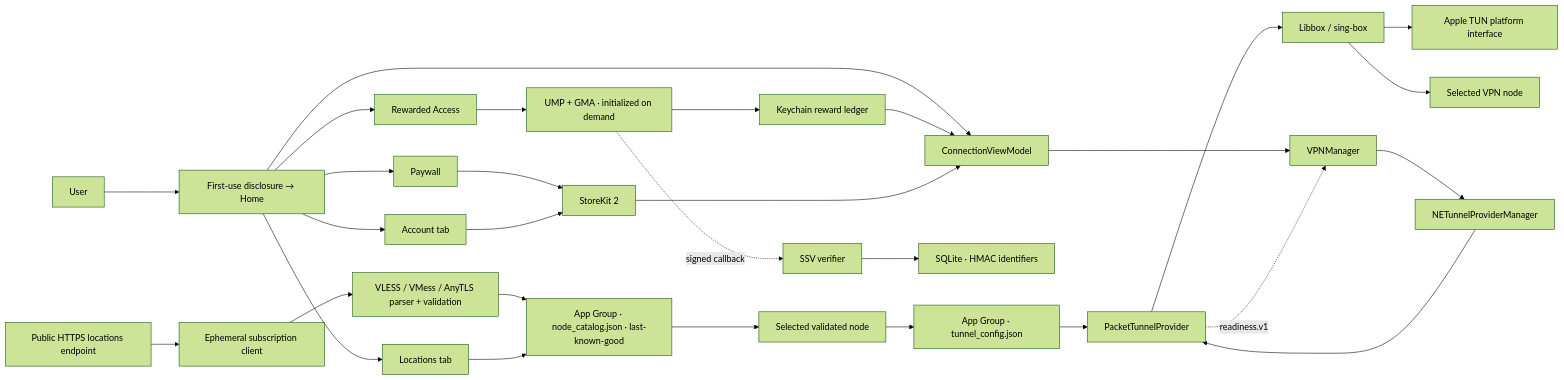
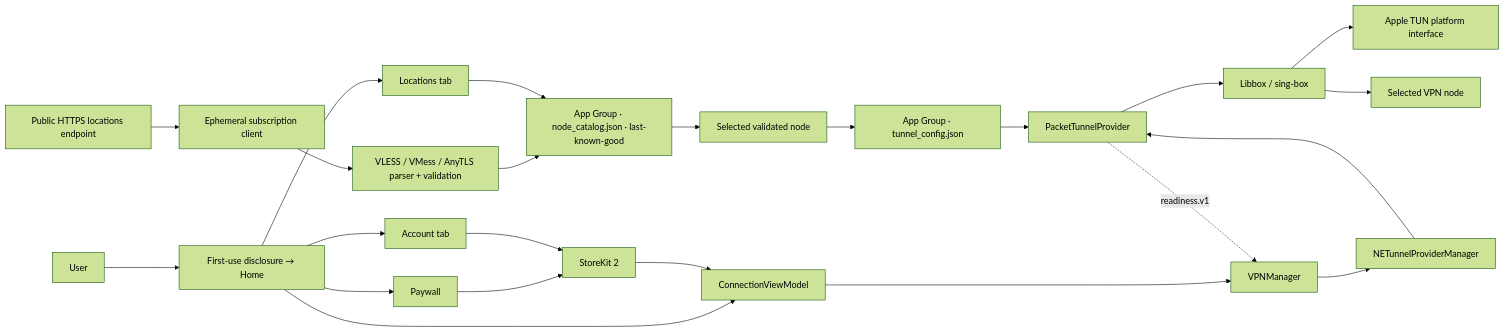
Before and after one commit to oversea-starups/aster-vpn-ios: the diagram in docs/ARCHITECTURE.md, drawn with Mermaid (forest theme). The commit also changed other lines of this file and 8 other files, not shown here.

````diff
--- a/docs/ARCHITECTURE.md
+++ b/docs/ARCHITECTURE.md
@@ -12,34 +12,28 @@
 ```mermaid
 flowchart LR
     U["User"] --> UI["First-use disclosure → Home"]
     UI --> LOC["Locations tab"]
     UI --> ACC["Account tab"]
-    UI --> REW["Rewarded Access"]
     UI --> PAY["Paywall"]
 
     FEED["Public HTTPS locations endpoint"] --> HTTP["Ephemeral subscription client"]
     HTTP --> PARSE["VLESS / VMess / AnyTLS parser + validation"]
     PARSE --> CAT["App Group · node_catalog.json · last-known-good"]
     LOC --> CAT
     CAT --> SELECT["Selected validated node"]
     SELECT --> CFG["App Group · tunnel_config.json"]
 
-    REW --> UMP["UMP + GMA · initialized on demand"]
-    UMP --> LEDGER["Keychain reward ledger"]
-    UMP -. "signed callback" .-> SSV["SSV verifier"]
-    SSV --> DB["SQLite · HMAC identifiers"]
     PAY --> SK["StoreKit 2"]
     ACC --> SK
 
     UI --> VM["ConnectionViewModel"]
-    LEDGER --> VM
     SK --> VM
     VM --> VPN["VPNManager"]
     VPN --> NE["NETunnelProviderManager"]
     CFG --> EXT["PacketTunnelProvider"]
     NE --> EXT
     EXT --> LIB["Libbox / sing-box"]
     LIB --> TUN["Apple TUN platform interface"]
     EXT -. "readiness.v1" .-> VPN
     LIB --> NODE["Selected VPN node"]
 ```
````
